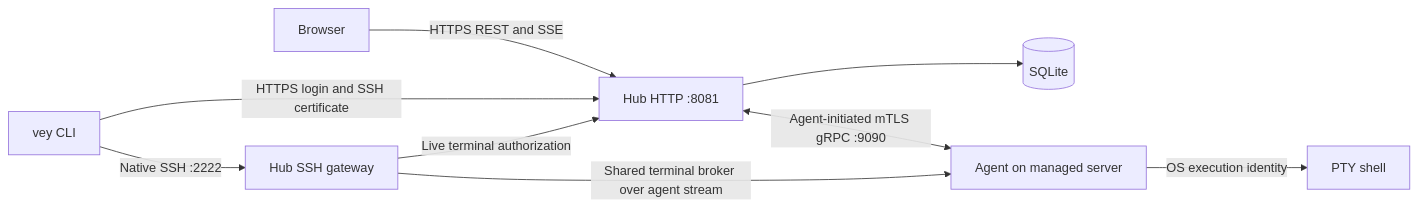
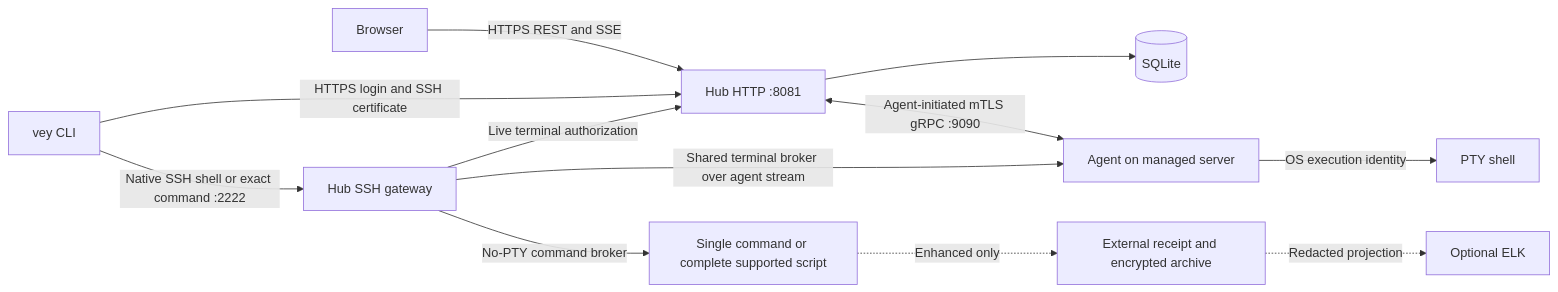
Before and after one commit to lorconksu/veyport: the diagram in docs/diagrams/architecture.mmd, drawn with Mermaid. The commit also changed 528 other files, not shown here.

First line of the commit message:
feat: add SSH command passthrough and optional externally acknowledged auditing (#96)

```diff
--- a/docs/diagrams/architecture.mmd
+++ b/docs/diagrams/architecture.mmd
@@ -1,9 +1,12 @@
 flowchart LR
     Browser[Browser] -->|HTTPS REST and SSE| Hub[Hub HTTP :8081]
     CLI[vey CLI] -->|HTTPS login and SSH certificate| Hub
-    CLI -->|Native SSH :2222| Gateway[Hub SSH gateway]
+    CLI -->|Native SSH shell or exact command :2222| Gateway[Hub SSH gateway]
     Hub --> DB[(SQLite)]
     Gateway -->|Live terminal authorization| Hub
     Hub <-->|Agent-initiated mTLS gRPC :9090| Agent[Agent on managed server]
     Gateway -->|Shared terminal broker over agent stream| Agent
     Agent -->|OS execution identity| Shell[PTY shell]
+Gateway -->|No-PTY command broker| Command[Single command or complete supported script]
+Command -. Enhanced only .-> Receipt[External receipt and encrypted archive]
+Receipt -. Redacted projection .-> Search[Optional ELK]
```
